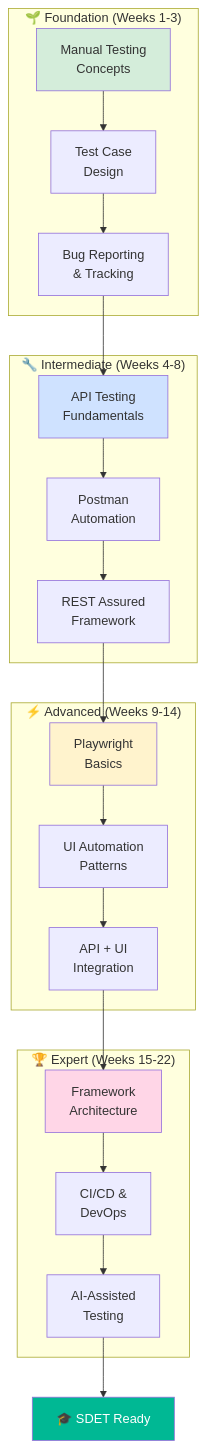
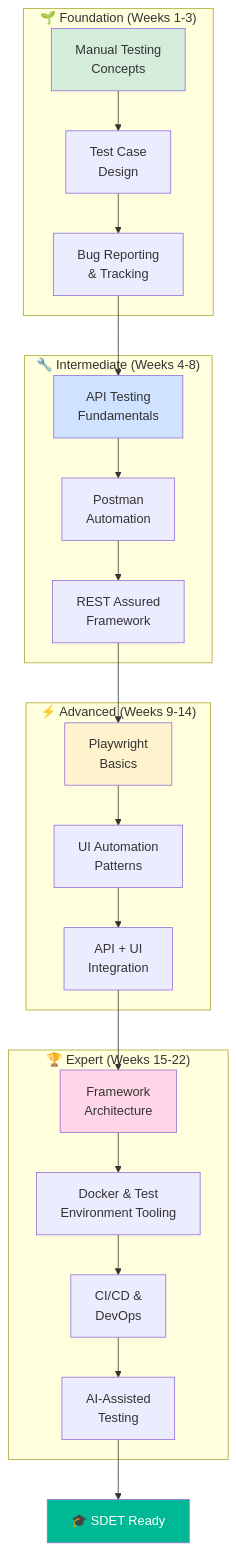
The first of 2 diagrams in 00-introduction/learning_objectives.md (ghanendra-sdet/sdet-roadmap), drawn with Mermaid before and after one commit. The commit also changed other lines of this file, not shown here.

````diff
--- a/00-introduction/learning_objectives.md
+++ b/00-introduction/learning_objectives.md
@@ -45,33 +46,34 @@
 ```mermaid
 graph TB
     subgraph Foundation["🌱 Foundation (Weeks 1-3)"]
         A1[Manual Testing<br/>Concepts] --> A2[Test Case<br/>Design]
         A2 --> A3[Bug Reporting<br/>& Tracking]
     end
     
     subgraph Intermediate["🔧 Intermediate (Weeks 4-8)"]
         B1[API Testing<br/>Fundamentals] --> B2[Postman<br/>Automation]
         B2 --> B3[REST Assured<br/>Framework]
     end
     
     subgraph Advanced["⚡ Advanced (Weeks 9-14)"]
         C1[Playwright<br/>Basics] --> C2[UI Automation<br/>Patterns]
         C2 --> C3[API + UI<br/>Integration]
     end
     
     subgraph Expert["🏆 Expert (Weeks 15-22)"]
-        D1[Framework<br/>Architecture] --> D2[CI/CD &<br/>DevOps]
+        D1[Framework<br/>Architecture] --> D1b[Docker & Test<br/>Environment Tooling]
+        D1b --> D2[CI/CD &<br/>DevOps]
         D2 --> D3[AI-Assisted<br/>Testing]
     end
     
     A3 --> B1
     B3 --> C1
     C3 --> D1
     D3 --> E[🎓 SDET Ready]
     
     style A1 fill:#d4edda
     style B1 fill:#cfe2ff
     style C1 fill:#fff3cd
     style D1 fill:#ffd6e7
     style E fill:#00b894,color:#fff
 ```
````
